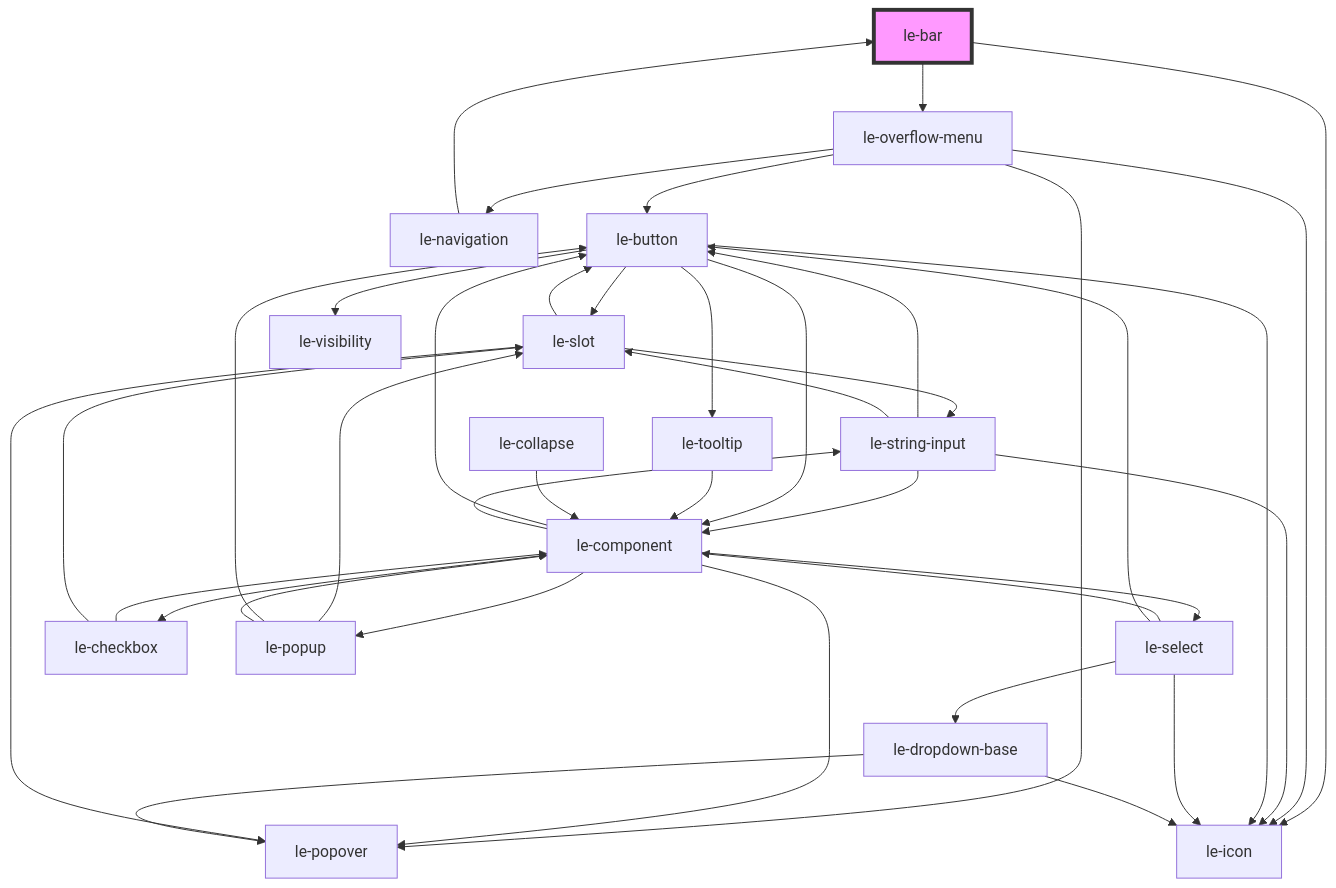
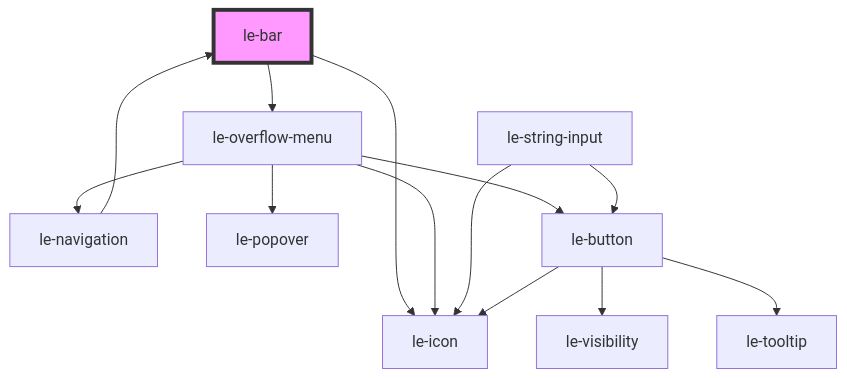
The diagram in packages/core/src/components/le-bar/readme.md (leechy/le-kit), drawn with Mermaid before and after one commit. The commit also changed 44 other files, not shown here.

````diff
--- a/packages/core/src/components/le-bar/readme.md
+++ b/packages/core/src/components/le-bar/readme.md
@@ -84,42 +84,16 @@
 ```mermaid
 graph TD;
   le-bar --> le-icon
   le-bar --> le-overflow-menu
   le-overflow-menu --> le-navigation
   le-overflow-menu --> le-popover
   le-overflow-menu --> le-button
   le-overflow-menu --> le-icon
   le-navigation --> le-bar
-  le-string-input --> le-component
   le-string-input --> le-button
   le-string-input --> le-icon
-  le-string-input --> le-slot
-  le-component --> le-button
-  le-component --> le-select
-  le-component --> le-checkbox
-  le-component --> le-string-input
-  le-component --> le-popover
-  le-component --> le-popup
   le-button --> le-icon
   le-button --> le-visibility
-  le-button --> le-slot
-  le-button --> le-component
   le-button --> le-tooltip
-  le-slot --> le-popover
-  le-slot --> le-button
-  le-slot --> le-string-input
-  le-tooltip --> le-component
-  le-select --> le-icon
-  le-select --> le-component
-  le-select --> le-dropdown-base
-  le-select --> le-button
-  le-dropdown-base --> le-icon
-  le-dropdown-base --> le-popover
-  le-checkbox --> le-component
-  le-checkbox --> le-slot
-  le-popup --> le-slot
-  le-popup --> le-button
-  le-popup --> le-component
-  le-collapse --> le-component
   style le-bar fill:#f9f,stroke:#333,stroke-width:4px
 ```
````
